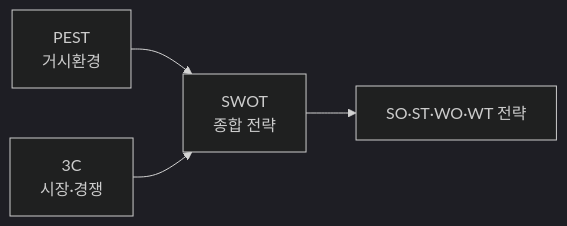
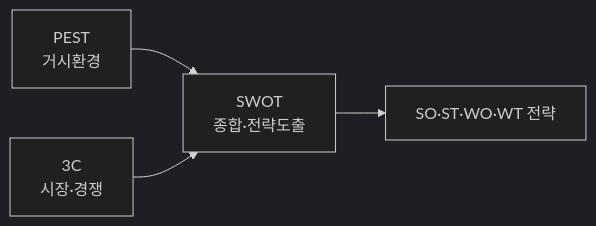
Before and after one commit to coninggu/wjdqhrhksflrltnftk: the diagram in content/swot-3c-pest.md, drawn with Mermaid (dark theme). The commit also changed other lines of this file and 11 other files, not shown here.

````diff
--- a/content/swot-3c-pest.md
+++ b/content/swot-3c-pest.md
@@ -22,6 +8,6 @@
 ```mermaid
 flowchart LR
   PEST[PEST<br/>거시환경] --> SWOT
-  TC[3C<br/>시장·경쟁] --> SWOT[SWOT<br/>종합 전략]
-  SWOT --> S[SO·ST·WO·WT 전략]
+  TC[3C<br/>시장·경쟁] --> SWOT[SWOT<br/>종합·전략도출]
+  SWOT --> ST[SO·ST·WO·WT 전략]
 ```
````
